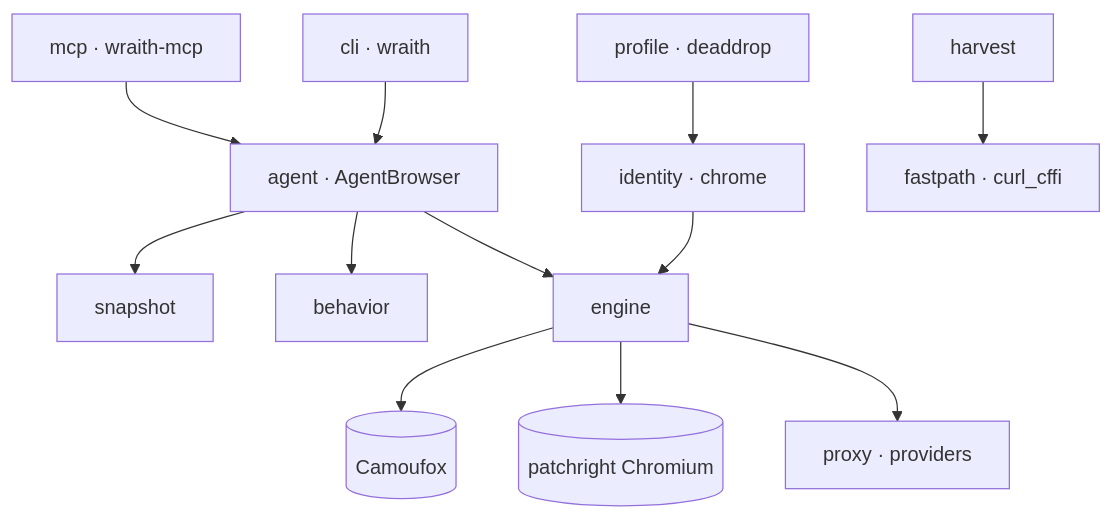
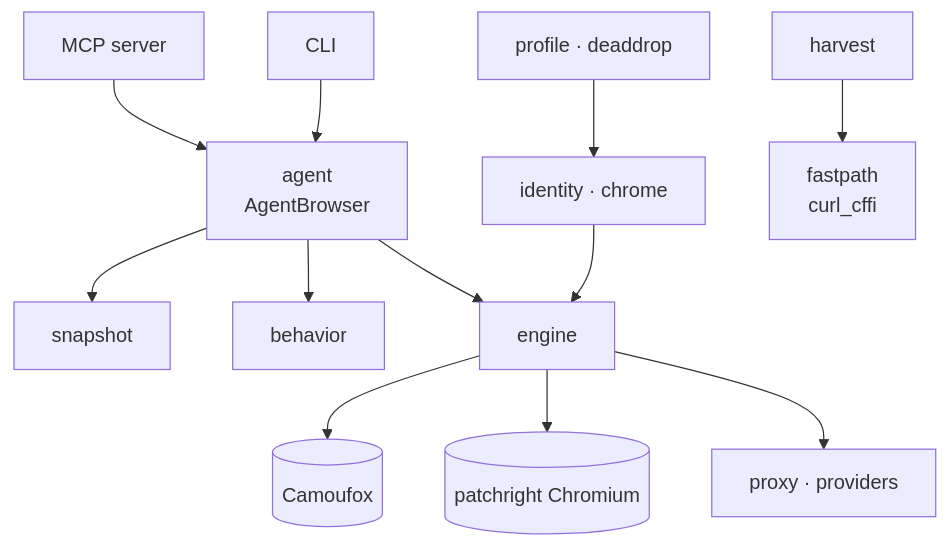
The third of 3 diagrams in README.md (YogevKr/wraith), drawn with Mermaid before and after one commit. The commit also changed other lines of this file, not shown here.

Commit message:
docs(readme): split the benchmark footnotes and shorten diagram labels

````diff
--- a/README.md
+++ b/README.md
@@ -398,14 +398,14 @@
 ```mermaid
 flowchart TB
-    mcp["mcp · wraith-mcp"] --> agent["agent · AgentBrowser"]
-    cli["cli · wraith"] --> agent
+    mcp["MCP server"] --> agent["agent<br/>AgentBrowser"]
+    cli["CLI"] --> agent
     agent --> snapshot["snapshot"]
     agent --> behavior["behavior"]
     agent --> engine["engine"]
     engine --> camoufox[("Camoufox")]
     engine --> chromium[("patchright Chromium")]
     engine --> proxy["proxy · providers"]
     identity["identity · chrome"] --> engine
     profile["profile · deaddrop"] --> identity
-    harvest["harvest"] --> fastpath["fastpath · curl_cffi"]
+    harvest["harvest"] --> fastpath["fastpath<br/>curl_cffi"]
 ```
````
